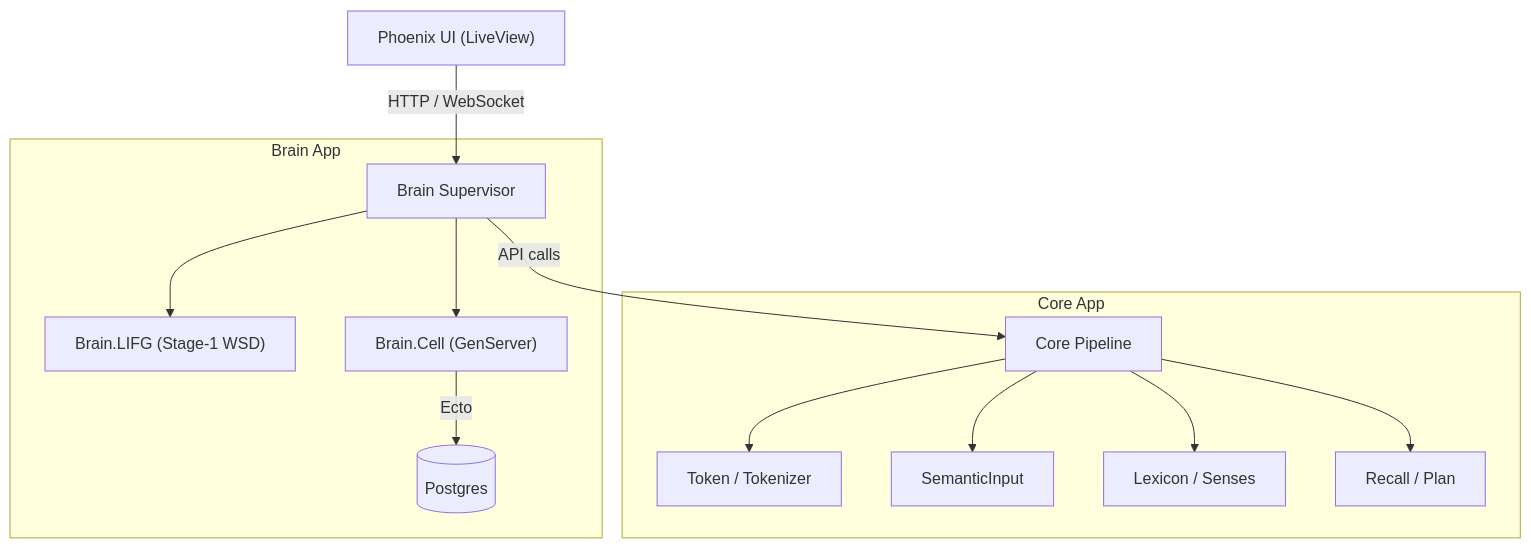
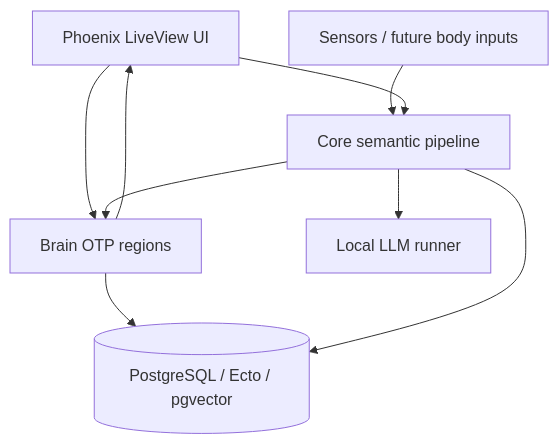
Before and after one commit to bushman77/Symbrella: the diagram in PROJECT-RESUME-PLAYBOOK.md, drawn with Mermaid. The commit also changed other lines of this file and 36 other files, not shown here.

````diff
--- a/PROJECT-RESUME-PLAYBOOK.md
+++ b/PROJECT-RESUME-PLAYBOOK.md
@@ -22,25 +45,18 @@
 ```mermaid
 flowchart TD
-  A["Phoenix UI (LiveView)"]
-  B["Brain Supervisor"]
-  C["Core Pipeline"]
-  D[(Postgres)]
+  UI["Phoenix LiveView UI"]
+  Core["Core semantic pipeline"]
+  Brain["Brain OTP regions"]
+  Db[("PostgreSQL / Ecto / pgvector")]
+  Llm["Local LLM runner"]
+  Sensors["Sensors / future body inputs"]
 
-  A -->|HTTP / WebSocket| B
-
-  subgraph E["Brain App"]
-    B --> F["Brain.LIFG (Stage-1 WSD)"]
-    B --> G["Brain.Cell (GenServer)"]
-    G -->|Ecto| D
-  end
-
-  B -->|API calls| C
-
-  subgraph H["Core App"]
-    C --> I["Token / Tokenizer"]
-    C --> J["SemanticInput"]
-    C --> K["Lexicon / Senses"]
-    C --> L["Recall / Plan"]
-  end
-
+  Sensors --> Core
+  UI --> Core
+  UI --> Brain
+  Core --> Brain
+  Brain --> Db
+  Core --> Db
+  Core --> Llm
+  Brain --> UI
 ```
````
